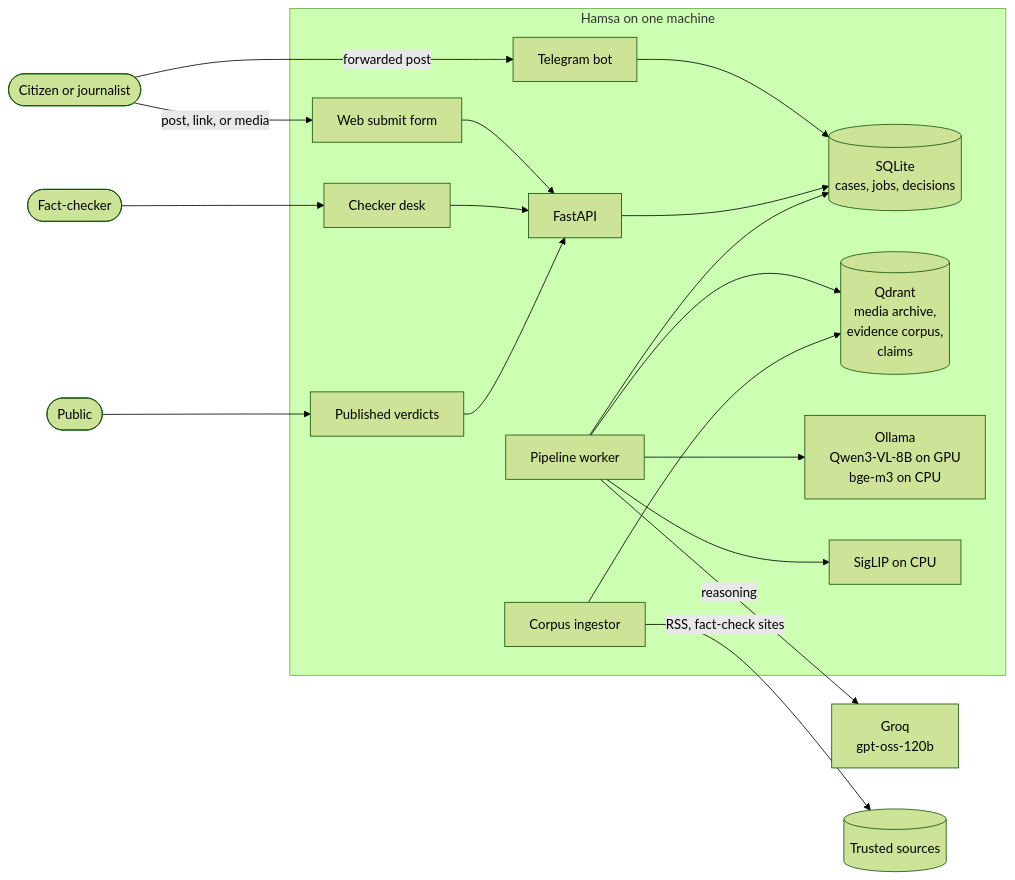
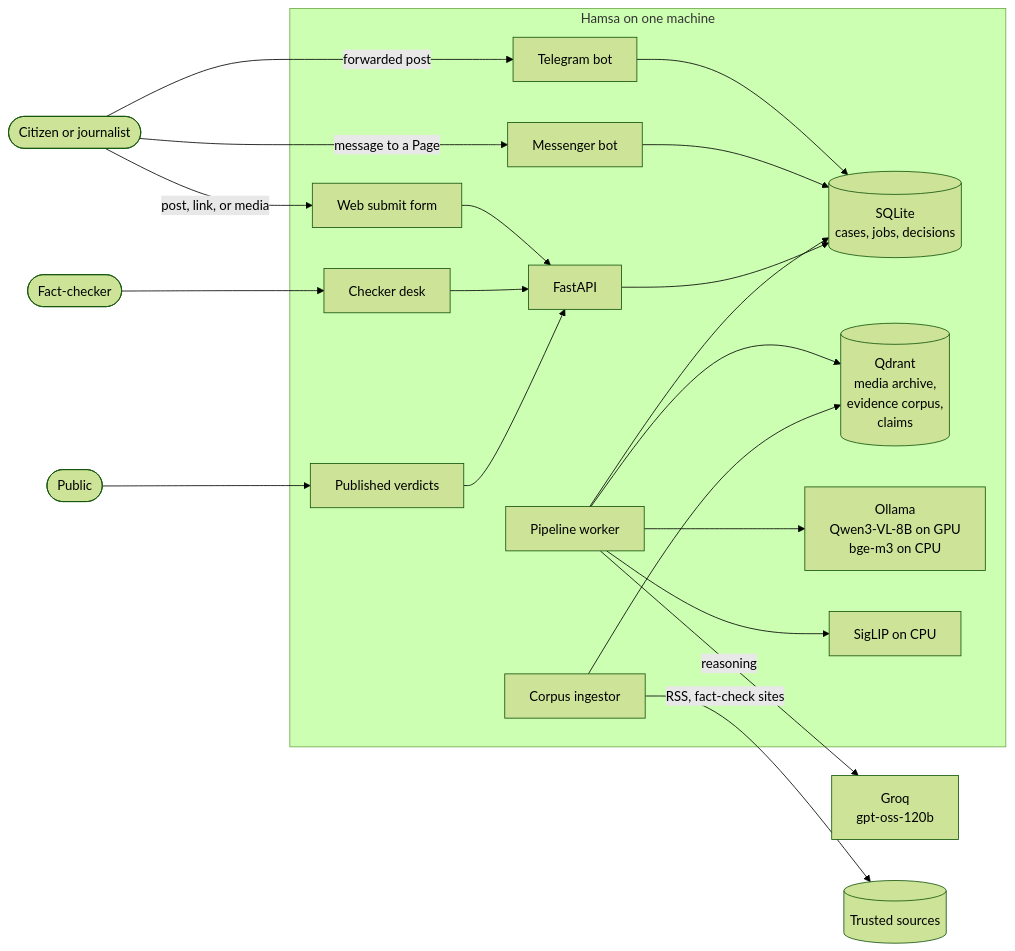
The first of 5 diagrams in docs/architecture.md (masabinhok/hamsa), drawn with Mermaid (forest theme) before and after one commit. The commit also changed other lines of this file and 10 other files, not shown here.

First line of the commit message:
feat(messenger): the telegram intake and verdict news over a facebook page

````diff
--- a/docs/architecture.md
+++ b/docs/architecture.md
@@ -20,23 +20,25 @@
 ```mermaid
 flowchart LR
     citizen([Citizen or journalist]) -->|post, link, or media| web[Web submit form]
     citizen -->|forwarded post| tg[Telegram bot]
+    citizen -->|message to a Page| fb[Messenger bot]
     checker([Fact-checker]) --> desk[Checker desk]
     public([Public]) --> feed[Published verdicts]
 
     subgraph hamsa [Hamsa on one machine]
         web --> api[FastAPI]
         tg --> db
+        fb --> db
         desk --> api
         feed --> api
         api --> db[(SQLite<br/>cases, jobs, decisions)]
         worker[Pipeline worker] --> db
         worker --> qdrant[(Qdrant<br/>media archive,<br/>evidence corpus,<br/>claims)]
         worker --> ollama[Ollama<br/>Qwen3-VL-8B on GPU<br/>bge-m3 on CPU]
         worker --> siglip[SigLIP on CPU]
         ingestor[Corpus ingestor] --> qdrant
     end
 
     worker -->|reasoning| groq[Groq<br/>gpt-oss-120b]
     ingestor -->|RSS, fact-check sites| sources[(Trusted sources)]
 ```
````
